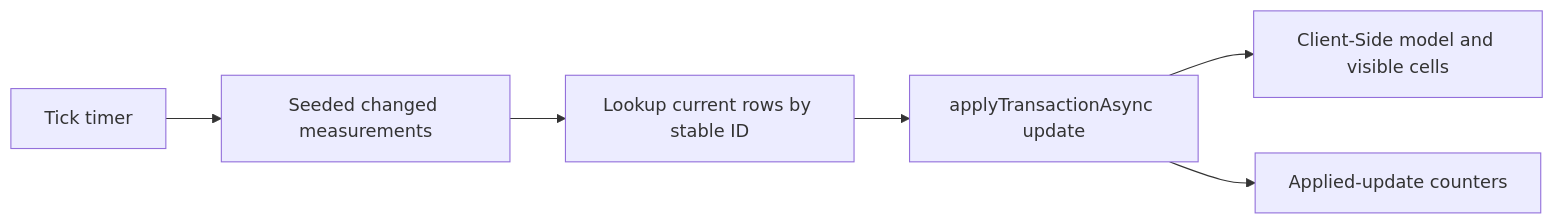
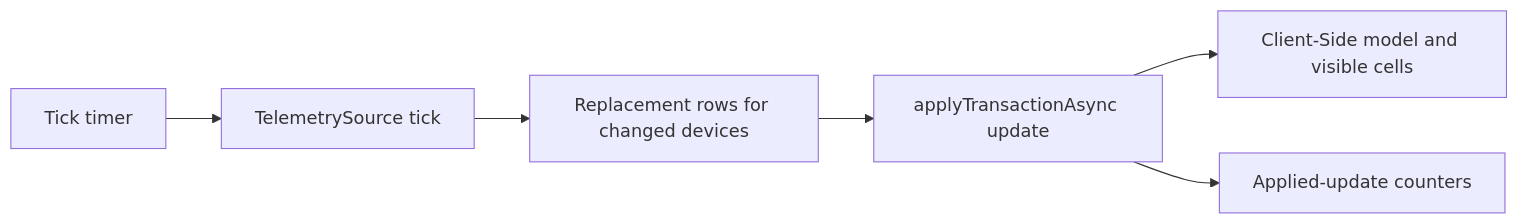
Before and after one commit to serhii-baksheiev/ag-grid-interview-lab: the first of 3 diagrams in docs/ARCHITECTURE.md, drawn with Mermaid. The commit also changed other lines of this file and 4 other files, not shown here.

First line of the commit message:
docs: reconcile performance and architecture notes with the final measurements

````diff
--- a/docs/ARCHITECTURE.md
+++ b/docs/ARCHITECTURE.md
@@ -19,8 +19,8 @@
 ```mermaid
 flowchart LR
-  Timer[Tick timer] --> Generator[Seeded changed measurements]
-  Generator --> IDs[Lookup current rows by stable ID]
-  IDs --> Transaction[applyTransactionAsync update]
+  Timer[Tick timer] --> Source[TelemetrySource tick]
+  Source --> Rows[Replacement rows for changed devices]
+  Rows --> Transaction[applyTransactionAsync update]
   Transaction --> Grid[Client-Side model and visible cells]
   Transaction --> Counters[Applied-update counters]
 ```
````
